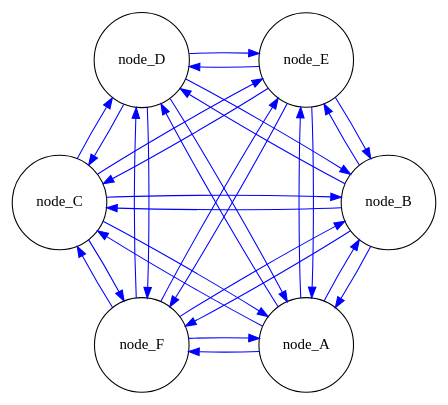
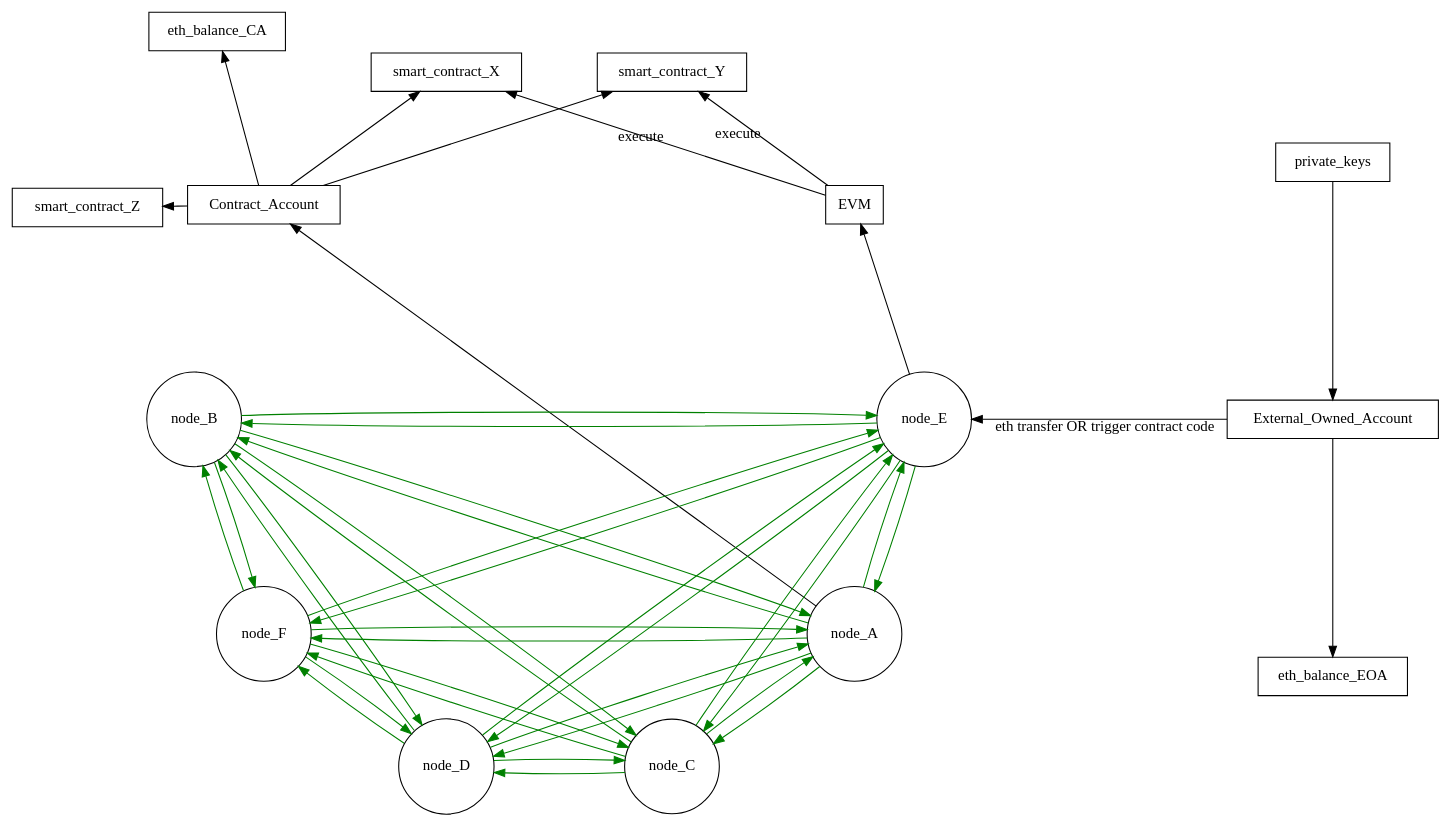
One commit to manilabay/blockchain-graphs changed the diagram in ethereum-architecture.dot. Above: the diagram before and after it, drawn with Graphviz. The commit also changed 1 other file, not shown here.

```diff
--- a/ethereum-architecture.dot
+++ b/ethereum-architecture.dot
@@ -1,42 +1,66 @@
 digraph ethereum {
 
   layout="circo";
   node [shape = circle];
 
-  node_A -> node_B [color="blue"];
-  node_A -> node_C [color="blue"];
-  node_A -> node_D [color="blue"];
-  node_A -> node_E [color="blue"];
-  node_A -> node_F [color="blue"];
+  node_A -> node_B [color="green"];
+  node_A -> node_C [color="green"];
+  node_A -> node_D [color="green"];
+  node_A -> node_E [color="green"];
+  node_A -> node_F [color="green"];
 
-  node_B -> node_A [color="blue"];
-  node_B -> node_C [color="blue"];
-  node_B -> node_D [color="blue"];
-  node_B -> node_E [color="blue"];
-  node_B -> node_F [color="blue"];
+  node_B -> node_A [color="green"];
+  node_B -> node_C [color="green"];
+  node_B -> node_D [color="green"];
+  node_B -> node_E [color="green"];
+  node_B -> node_F [color="green"];
 
-  node_C -> node_A [color="blue"];
-  node_C -> node_B [color="blue"];
-  node_C -> node_D [color="blue"];
-  node_C -> node_E [color="blue"];
-  node_C -> node_F [color="blue"];
+  node_C -> node_A [color="green"];
+  node_C -> node_B [color="green"];
+  node_C -> node_D [color="green"];
+  node_C -> node_E [color="green"];
+  node_C -> node_F [color="green"];
 
-  node_D -> node_A [color="blue"];
-  node_D -> node_B [color="blue"];
-  node_D -> node_C [color="blue"];
-  node_D -> node_E [color="blue"];
-  node_D -> node_F [color="blue"];
+  node_D -> node_A [color="green"];
+  node_D -> node_B [color="green"];
+  node_D -> node_C [color="green"];
+  node_D -> node_E [color="green"];
+  node_D -> node_F [color="green"];
 
-  node_E -> node_A [color="blue"];
-  node_E -> node_B [color="blue"];
-  node_E -> node_C [color="blue"];
-  node_E -> node_D [color="blue"];
-  node_E -> node_F [color="blue"];
+  node_E -> node_A [color="green"];
+  node_E -> node_B [color="green"];
+  node_E -> node_C [color="green"];
+  node_E -> node_D [color="green"];
+  node_E -> node_F [color="green"];
 
-  node_F -> node_A [color="blue"];
-  node_F -> node_B [color="blue"];
-  node_F -> node_C [color="blue"];
-  node_F -> node_D [color="blue"];
-  node_F -> node_E [color="blue"];
+  node_F -> node_A [color="green"];
+  node_F -> node_B [color="green"];
+  node_F -> node_C [color="green"];
+  node_F -> node_D [color="green"];
+  node_F -> node_E [color="green"];
+
+  rankdir=LR;
+  subgraph components_by_node {
+
+  layout="dot";
+  node [shape = box];
+
+    node_E -> EVM;
+    EVM -> smart_contract_X [label="execute"];
+    EVM -> smart_contract_Y [label="execute"];
+    node_A -> Contract_Account;
+    #node_E -> External_Owned_Account;
+    Contract_Account -> eth_balance_CA;
+    Contract_Account -> smart_contract_X;
+    Contract_Account -> smart_contract_Y;
+    Contract_Account -> smart_contract_Z;
+    External_Owned_Account -> eth_balance_EOA;
+    External_Owned_Account -> node_E [label="eth transfer OR trigger contract code"];
+
+
+    private_keys -> External_Owned_Account;
+
+
+  }
 
 }
```
